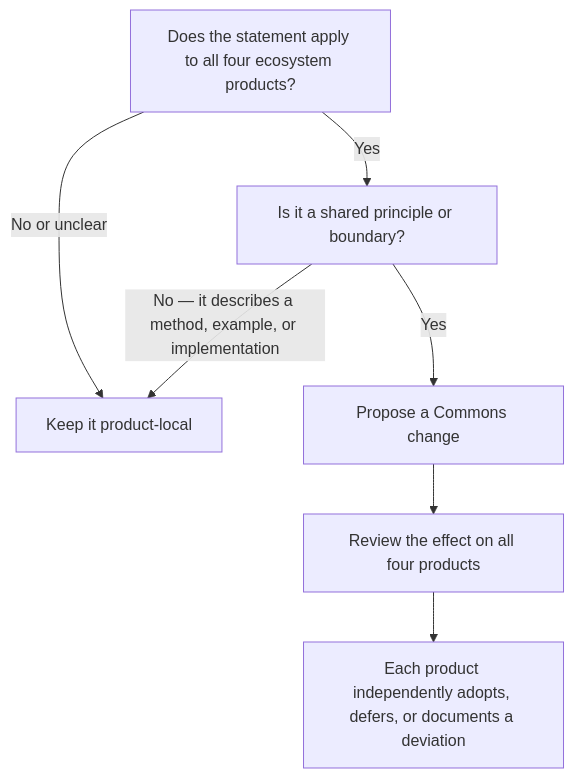
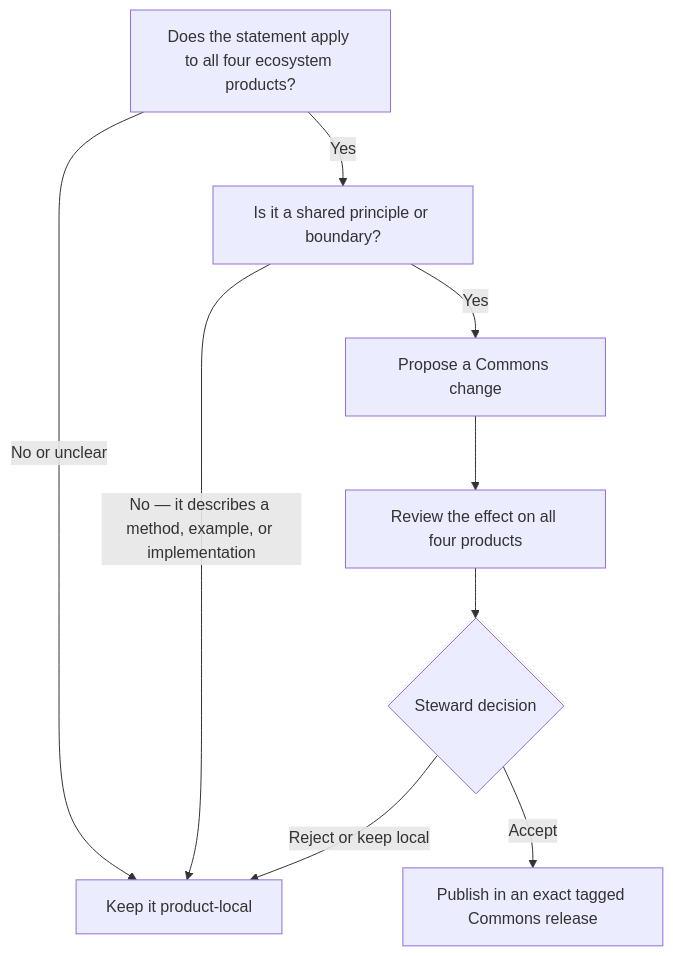
One commit to BradGroux/open-framework-commons changed the diagram in BOUNDARIES.md. Above: the diagram before and after it, drawn with Mermaid. The commit also changed other lines of this file and 1 other file, not shown here.

Commit message:
fix: correct visualization semantics

````diff
--- a/BOUNDARIES.md
+++ b/BOUNDARIES.md
@@ -33,16 +33,19 @@
 ```mermaid
 flowchart TD
   start["Does the statement apply to all four ecosystem products?"]
   local["Keep it product-local"]
   kind["Is it a shared principle or boundary?"]
   proposal["Propose a Commons change"]
   review["Review the effect on all four products"]
-  decision["Each product independently adopts, defers, or documents a deviation"]
+  steward{"Steward decision"}
+  release["Publish in an exact tagged Commons release"]
 
   start -->|"No or unclear"| local
   start -->|"Yes"| kind
   kind -->|"No — it describes a method, example, or implementation"| local
   kind -->|"Yes"| proposal
   proposal --> review
-  review --> decision
+  review --> steward
+  steward -->|"Reject or keep local"| local
+  steward -->|"Accept"| release
 ```
````
